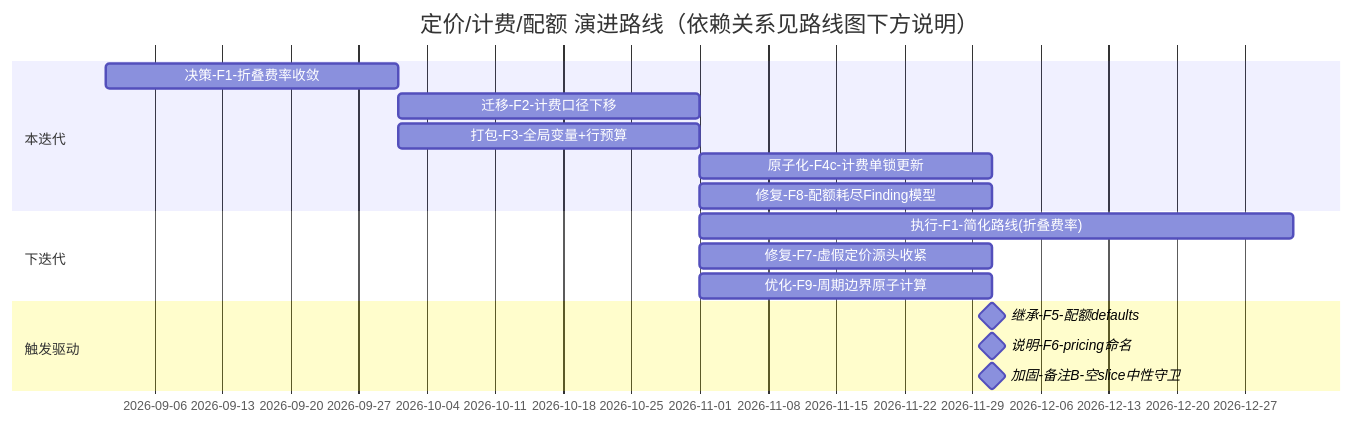
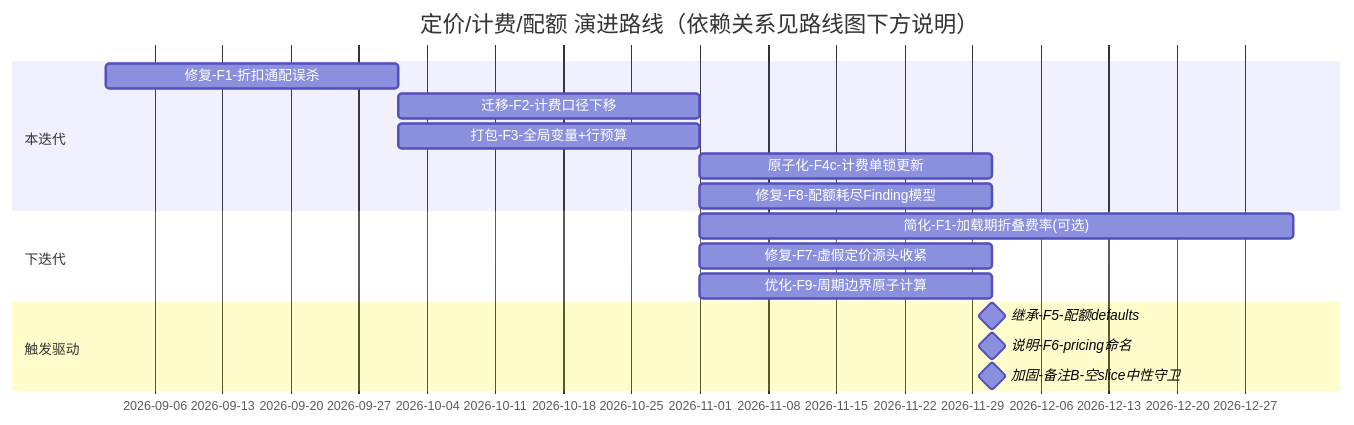
Before and after one commit to bigfatsea/vmr: the third of 3 diagrams in docs/PROJECT_REVIEW_Pricing_Quota_Billing_agent_2026-09-03.md, drawn with Mermaid. The commit also changed other lines of this file, not shown here.

````diff
--- a/docs/PROJECT_REVIEW_Pricing_Quota_Billing_agent_2026-09-03.md
+++ b/docs/PROJECT_REVIEW_Pricing_Quota_Billing_agent_2026-09-03.md
@@ -349,19 +363,19 @@
 ```mermaid
 gantt
   title 定价/计费/配额 演进路线（依赖关系见路线图下方说明）
   dateFormat  YYYY-MM
   section 本迭代
-    决策-F1-折叠费率收敛      :d1, 2026-09, 1M
+    修复-F1-折扣通配误杀      :d1, 2026-09, 1M
     迁移-F2-计费口径下移      :d2, after d1, 1M
     打包-F3-全局变量+行预算    :d3, after d1, 1M
     原子化-F4c-计费单锁更新    :d4, after d2, 1M
     修复-F8-配额耗尽Finding模型:d5, after d3, 1M
   section 下迭代
-    执行-F1-简化路线(折叠费率) :f1, after d2, 2M
+    简化-F1-加载期折叠费率(可选) :f1, after d2, 2M
     修复-F7-虚假定价源头收紧  :f7, after d2, 1M
     优化-F9-周期边界原子计算   :f9, after d2, 1M
   section 触发驱动
     继承-F5-配额defaults       :milestone, after d1
     说明-F6-pricing命名        :milestone, after d2
     加固-备注B-空slice中性守卫 :milestone, after d1
 ```
````
